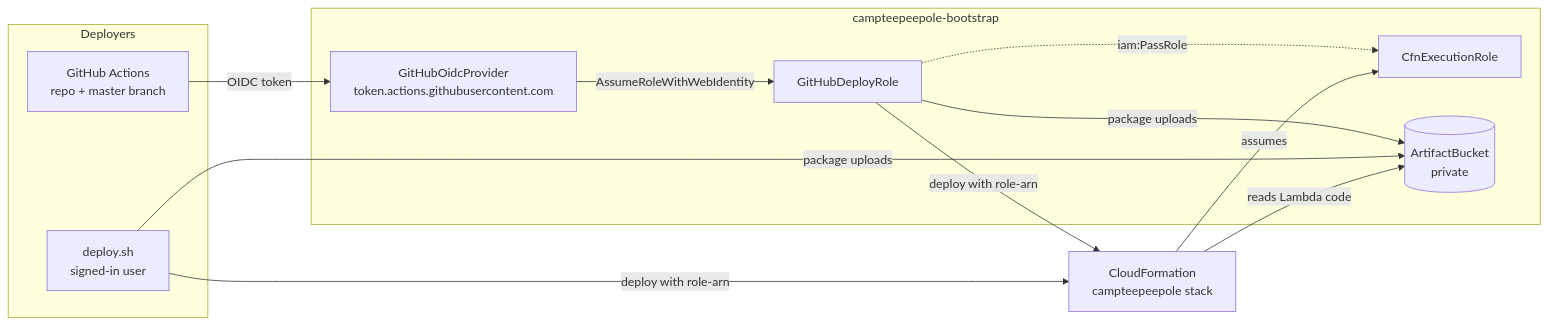
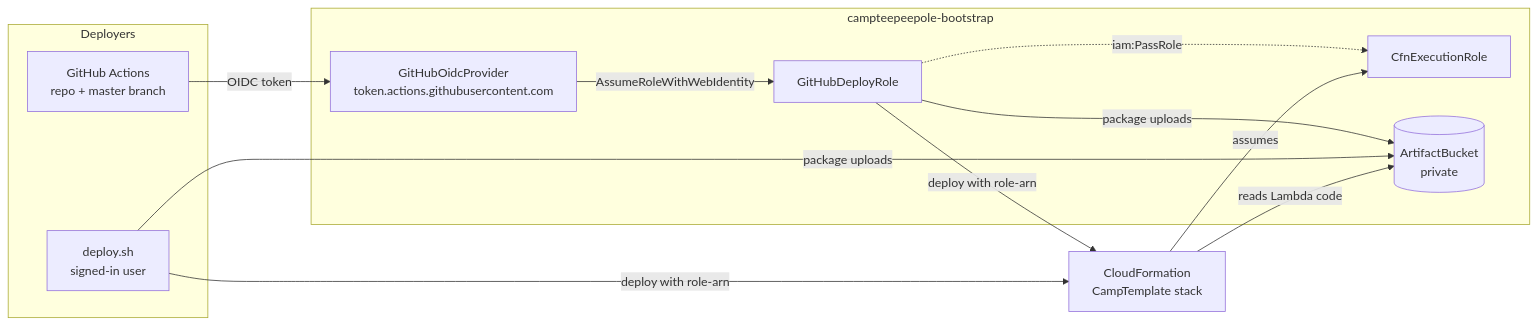
Before and after one commit to Swazimodo/campteepeepole: the first of 2 diagrams in infra/README.md, drawn with Mermaid. The commit also changed other lines of this file and 13 other files, not shown here.

````diff
--- a/infra/README.md
+++ b/infra/README.md
@@ -9,26 +10,26 @@
 ```mermaid
 flowchart LR
   subgraph callers[Deployers]
     gha[GitHub Actions<br/>repo + master branch]
     dev[deploy.sh<br/>signed-in user]
   end
 
   subgraph bootstrap[campteepeepole-bootstrap]
     oidc[GitHubOidcProvider<br/>token.actions.githubusercontent.com]
     deployRole[GitHubDeployRole]
     execRole[CfnExecutionRole]
     artifacts[(ArtifactBucket<br/>private)]
   end
 
-  cfn[CloudFormation<br/>campteepeepole stack]
+  cfn[CloudFormation<br/>CampTemplate stack]
 
   gha -- OIDC token --> oidc
   oidc -- AssumeRoleWithWebIdentity --> deployRole
   deployRole -- package uploads --> artifacts
   dev -- package uploads --> artifacts
   deployRole -->|deploy with role-arn| cfn
   dev -->|deploy with role-arn| cfn
   deployRole -. iam:PassRole .-> execRole
   cfn -- assumes --> execRole
   cfn -- reads Lambda code --> artifacts
 ```
````
